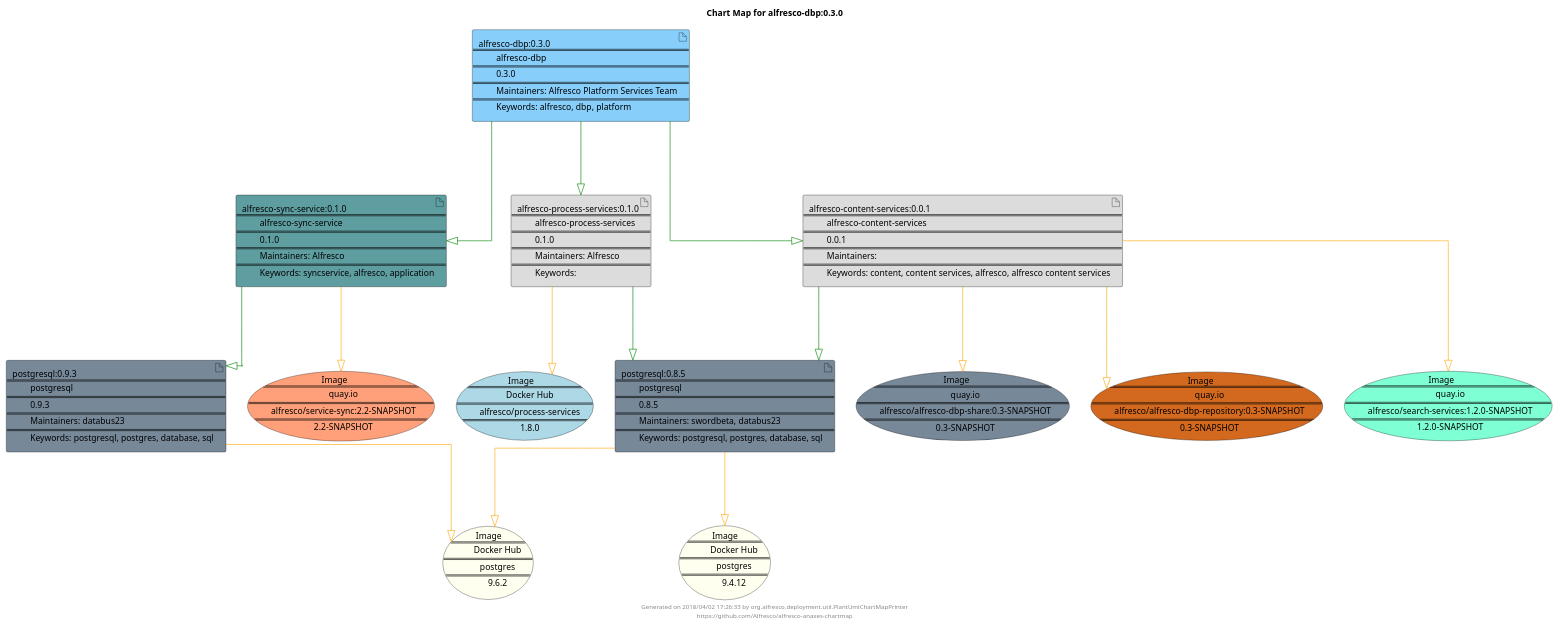
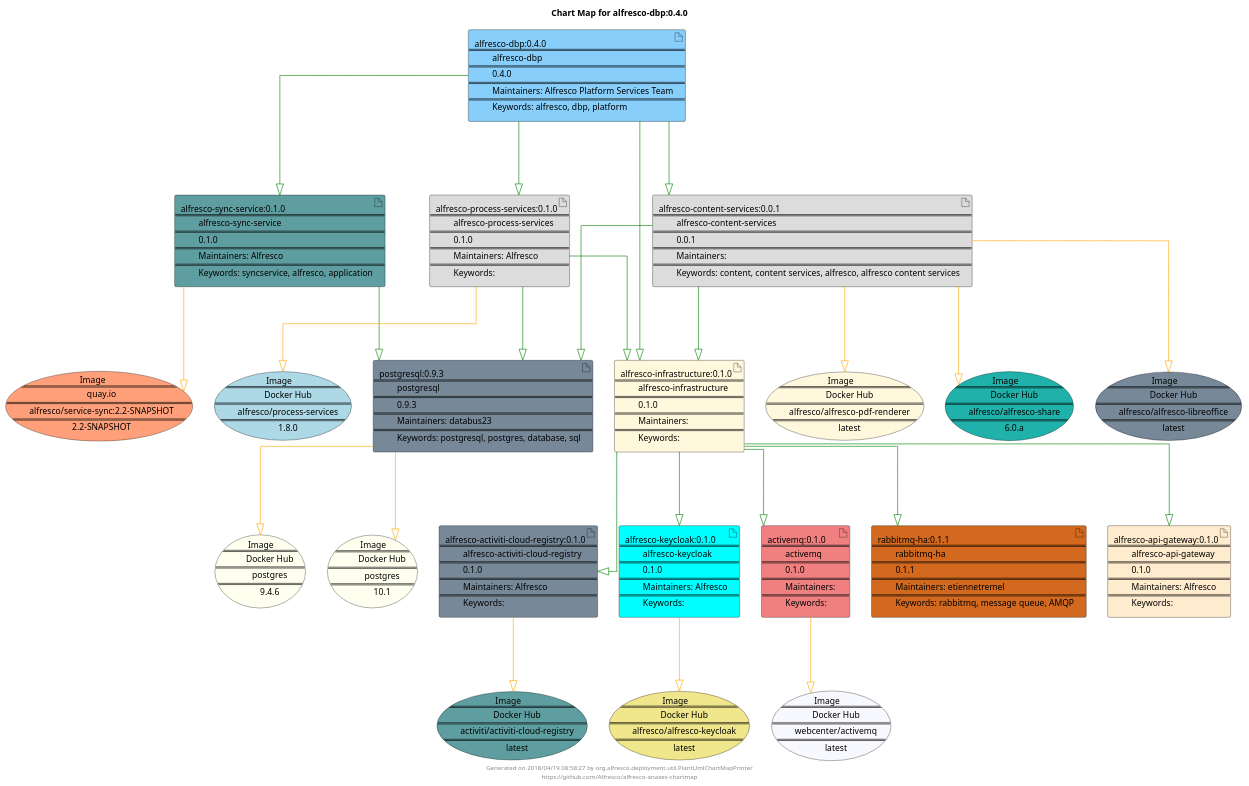
One commit to AlfrescoLabs/alfresco-anaxes-chartmap changed the diagram in resource/example/example-chartmap.puml. Above: the diagram before and after it, drawn with PlantUML. The commit also changed 13 other files, not shown here.

```diff
--- a/resource/example/example-chartmap.puml
+++ b/resource/example/example-chartmap.puml
@@ -1,39 +1,57 @@
 @startuml
 skinparam linetype ortho
 skinparam backgroundColor white
 skinparam usecaseBorderColor black
 skinparam usecaseArrowColor LightSlateGray
 skinparam artifactBorderColor black
 skinparam artifactArrowColor LightSlateGray
-title Chart Map for alfresco-dbp:0.3.0
-'There are 6 referenced Helm Charts
+title Chart Map for alfresco-dbp:0.4.0
+'There are 11 referenced Helm Charts
 artifact "alfresco-process-services:0.1.0\n====\n\talfresco-process-services\n====\n\t0.1.0\n====\n\tMaintainers: Alfresco\n====\n\tKeywords: " as alfresco_process_services_0_1_0 #Gainsboro
 artifact "postgresql:0.9.3\n====\n\tpostgresql\n====\n\t0.9.3\n====\n\tMaintainers: databus23\n====\n\tKeywords: postgresql, postgres, database, sql" as postgresql_0_9_3 #LightSlateGray
-artifact "alfresco-dbp:0.3.0\n====\n\talfresco-dbp\n====\n\t0.3.0\n====\n\tMaintainers: Alfresco Platform Services Team\n====\n\tKeywords: alfresco, dbp, platform" as alfresco_dbp_0_3_0 #LightSkyBlue
+artifact "alfresco-api-gateway:0.1.0\n====\n\talfresco-api-gateway\n====\n\t0.1.0\n====\n\tMaintainers: Alfresco\n====\n\tKeywords: " as alfresco_api_gateway_0_1_0 #BlanchedAlmond
+artifact "alfresco-activiti-cloud-registry:0.1.0\n====\n\talfresco-activiti-cloud-registry\n====\n\t0.1.0\n====\n\tMaintainers: Alfresco\n====\n\tKeywords: " as alfresco_activiti_cloud_registry_0_1_0 #LightSlateGrey
+artifact "alfresco-infrastructure:0.1.0\n====\n\talfresco-infrastructure\n====\n\t0.1.0\n====\n\tMaintainers: \n====\n\tKeywords: " as alfresco_infrastructure_0_1_0 #Cornsilk
+artifact "alfresco-keycloak:0.1.0\n====\n\talfresco-keycloak\n====\n\t0.1.0\n====\n\tMaintainers: Alfresco\n====\n\tKeywords: " as alfresco_keycloak_0_1_0 #Cyan
 artifact "alfresco-sync-service:0.1.0\n====\n\talfresco-sync-service\n====\n\t0.1.0\n====\n\tMaintainers: Alfresco\n====\n\tKeywords: syncservice, alfresco, application" as alfresco_sync_service_0_1_0 #CadetBlue
 artifact "alfresco-content-services:0.0.1\n====\n\talfresco-content-services\n====\n\t0.0.1\n====\n\tMaintainers: \n====\n\tKeywords: content, content services, alfresco, alfresco content services" as alfresco_content_services_0_0_1 #Gainsboro
-artifact "postgresql:0.8.5\n====\n\tpostgresql\n====\n\t0.8.5\n====\n\tMaintainers: swordbeta, databus23\n====\n\tKeywords: postgresql, postgres, database, sql" as postgresql_0_8_5 #LightSlateGray
-'There are 7 referenced Images
-usecase "Image\n====\n\tDocker Hub\n====\n\tpostgres\n====\n\t9.4.12" as postgres_9_4_12 #Ivory
-usecase "Image\n====\n\tquay.io\n====\n\talfresco/alfresco-dbp-share:0.3-SNAPSHOT\n====\n\t0.3-SNAPSHOT" as quay_io_alfresco_alfresco_dbp_share_0_3_SNAPSHOT #LightSlateGray
-usecase "Image\n====\n\tDocker Hub\n====\n\tpostgres\n====\n\t9.6.2" as postgres_9_6_2 #Ivory
-usecase "Image\n====\n\tquay.io\n====\n\talfresco/alfresco-dbp-repository:0.3-SNAPSHOT\n====\n\t0.3-SNAPSHOT" as quay_io_alfresco_alfresco_dbp_repository_0_3_SNAPSHOT #Chocolate
-usecase "Image\n====\n\tquay.io\n====\n\talfresco/search-services:1.2.0-SNAPSHOT\n====\n\t1.2.0-SNAPSHOT" as quay_io_alfresco_search_services_1_2_0_SNAPSHOT #Aquamarine
+artifact "activemq:0.1.0\n====\n\tactivemq\n====\n\t0.1.0\n====\n\tMaintainers: \n====\n\tKeywords: " as activemq_0_1_0 #LightCoral
+artifact "rabbitmq-ha:0.1.1\n====\n\trabbitmq-ha\n====\n\t0.1.1\n====\n\tMaintainers: etiennetremel\n====\n\tKeywords: rabbitmq, message queue, AMQP" as rabbitmq_ha_0_1_1 #Chocolate
+artifact "alfresco-dbp:0.4.0\n====\n\talfresco-dbp\n====\n\t0.4.0\n====\n\tMaintainers: Alfresco Platform Services Team\n====\n\tKeywords: alfresco, dbp, platform" as alfresco_dbp_0_4_0 #LightSkyBlue
+'There are 10 referenced Images
+usecase "Image\n====\n\tDocker Hub\n====\n\talfresco/alfresco-pdf-renderer\n====\n\tlatest" as alfresco_alfresco_pdf_renderer_latest #Cornsilk
+usecase "Image\n====\n\tDocker Hub\n====\n\talfresco/alfresco-share\n====\n\t6.0.a" as alfresco_alfresco_share_6_0_a #LightSeaGreen
+usecase "Image\n====\n\tDocker Hub\n====\n\talfresco/alfresco-keycloak\n====\n\tlatest" as alfresco_alfresco_keycloak_latest #Khaki
+usecase "Image\n====\n\tDocker Hub\n====\n\tpostgres\n====\n\t10.1" as postgres_10_1 #Ivory
+usecase "Image\n====\n\tDocker Hub\n====\n\tpostgres\n====\n\t9.4.6" as postgres_9_4_6 #Ivory
+usecase "Image\n====\n\tDocker Hub\n====\n\tactiviti/activiti-cloud-registry\n====\n\tlatest" as activiti_activiti_cloud_registry_latest #CadetBlue
+usecase "Image\n====\n\tDocker Hub\n====\n\twebcenter/activemq\n====\n\tlatest" as webcenter_activemq_latest #GhostWhite
+usecase "Image\n====\n\tDocker Hub\n====\n\talfresco/alfresco-libreoffice\n====\n\tlatest" as alfresco_alfresco_libreoffice_latest #LightSlateGray
 usecase "Image\n====\n\tDocker Hub\n====\n\talfresco/process-services\n====\n\t1.8.0" as alfresco_process_services_1_8_0 #LightBlue
 usecase "Image\n====\n\tquay.io\n====\n\talfresco/service-sync:2.2-SNAPSHOT\n====\n\t2.2-SNAPSHOT" as quay_io_alfresco_service_sync_2_2_SNAPSHOT #LightSalmon
-alfresco_dbp_0_3_0--[#green]-|>alfresco_content_services_0_0_1
-alfresco_content_services_0_0_1--[#green]-|>postgresql_0_8_5
-alfresco_dbp_0_3_0--[#green]-|>alfresco_process_services_0_1_0
-alfresco_process_services_0_1_0--[#green]-|>postgresql_0_8_5
-alfresco_dbp_0_3_0--[#green]-|>alfresco_sync_service_0_1_0
+alfresco_dbp_0_4_0--[#green]-|>alfresco_sync_service_0_1_0
 alfresco_sync_service_0_1_0--[#green]-|>postgresql_0_9_3
+alfresco_dbp_0_4_0--[#green]-|>alfresco_infrastructure_0_1_0
+alfresco_infrastructure_0_1_0--[#green]-|>alfresco_keycloak_0_1_0
+alfresco_infrastructure_0_1_0--[#green]-|>activemq_0_1_0
+alfresco_infrastructure_0_1_0--[#green]-|>alfresco_activiti_cloud_registry_0_1_0
+alfresco_infrastructure_0_1_0--[#green]-|>alfresco_api_gateway_0_1_0
+alfresco_infrastructure_0_1_0--[#green]-|>rabbitmq_ha_0_1_1
+alfresco_dbp_0_4_0--[#green]-|>alfresco_content_services_0_0_1
+alfresco_content_services_0_0_1--[#green]-|>postgresql_0_9_3
+alfresco_content_services_0_0_1--[#green]-|>alfresco_infrastructure_0_1_0
+alfresco_dbp_0_4_0--[#green]-|>alfresco_process_services_0_1_0
+alfresco_process_services_0_1_0--[#green]-|>postgresql_0_9_3
+alfresco_process_services_0_1_0--[#green]-|>alfresco_infrastructure_0_1_0
 alfresco_process_services_0_1_0--[#orange]-|>alfresco_process_services_1_8_0
-postgresql_0_9_3--[#orange]-|>postgres_9_6_2
+postgresql_0_9_3--[#orange]-|>postgres_10_1
+postgresql_0_9_3--[#orange]-|>postgres_9_4_6
+alfresco_activiti_cloud_registry_0_1_0--[#orange]-|>activiti_activiti_cloud_registry_latest
+alfresco_keycloak_0_1_0--[#orange]-|>alfresco_alfresco_keycloak_latest
 alfresco_sync_service_0_1_0--[#orange]-|>quay_io_alfresco_service_sync_2_2_SNAPSHOT
-alfresco_content_services_0_0_1--[#orange]-|>quay_io_alfresco_alfresco_dbp_repository_0_3_SNAPSHOT
-alfresco_content_services_0_0_1--[#orange]-|>quay_io_alfresco_alfresco_dbp_share_0_3_SNAPSHOT
-alfresco_content_services_0_0_1--[#orange]-|>quay_io_alfresco_search_services_1_2_0_SNAPSHOT
-postgresql_0_8_5--[#orange]-|>postgres_9_4_12
-postgresql_0_8_5--[#orange]-|>postgres_9_6_2
-center footer Generated on 2018/04/02 17:26:33 by org.alfresco.deployment.util.PlantUmlChartMapPrinter\nhttps://github.com/Alfresco/alfresco-anaxes-chartmap
+alfresco_content_services_0_0_1--[#orange]-|>alfresco_alfresco_pdf_renderer_latest
+alfresco_content_services_0_0_1--[#orange]-|>alfresco_alfresco_share_6_0_a
+alfresco_content_services_0_0_1--[#orange]-|>alfresco_alfresco_libreoffice_latest
+activemq_0_1_0--[#orange]-|>webcenter_activemq_latest
+center footer Generated on 2018/04/19 08:58:27 by org.alfresco.deployment.util.PlantUmlChartMapPrinter\nhttps://github.com/Alfresco/alfresco-anaxes-chartmap
 @enduml
```
